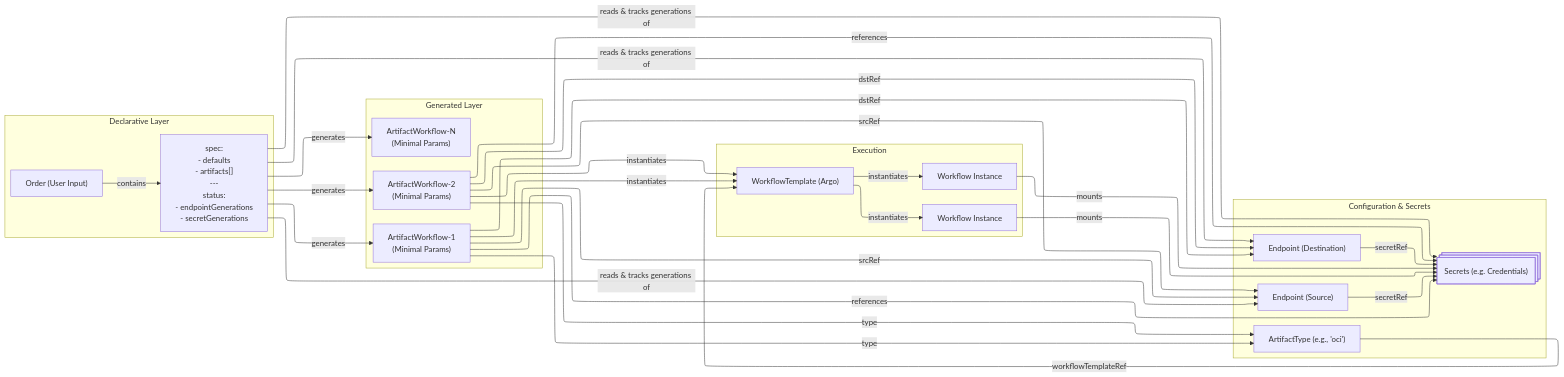
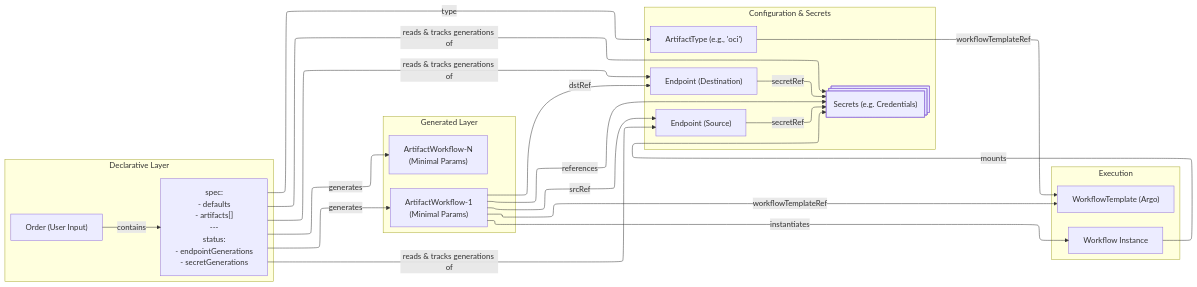
The diagram in docs/index.md (opendefensecloud/artifact-conduit), drawn with Mermaid before and after one commit. The commit also changed other lines of this file, not shown here.

````diff
--- a/docs/index.md
+++ b/docs/index.md
@@ -36,48 +39,40 @@
 ```mermaid
 ---
 config:
   layout: elk
 ---
 flowchart LR
  subgraph subGraph0["Declarative Layer"]
         Order["Order (User Input)"]
         Spec["spec:<br>- defaults<br>- artifacts[]<br>--- <br>status:<br>- endpointGenerations<br>- secretGenerations"]
   end
  subgraph subGraph1["Generated Layer"]
         ArtifactWorkflow1["ArtifactWorkflow-1<br>(Minimal Params)"]
-        ArtifactWorkflow2["ArtifactWorkflow-2<br>(Minimal Params)"]
         ArtifactWorkflowN["ArtifactWorkflow-N<br>(Minimal Params)"]
   end
  subgraph Configuration["Configuration & Secrets"]
         ArtifactTypeDef@{ label: "ArtifactType (e.g., 'oci')" }
         EndpointSrc["Endpoint (Source)"]
         EndpointDst["Endpoint (Destination)"]
         EndpointSecret@{ shape: procs, label: "Secrets (e.g. Credentials)"}
   end
  subgraph Execution["Execution"]
         WorkflowTemplate["WorkflowTemplate (Argo)"]
         WorkflowInstance1["Workflow Instance"]
-        WorkflowInstance2["Workflow Instance"]
   end
     Order -- contains --> Spec
-    Spec -- generates --> ArtifactWorkflow1 & ArtifactWorkflow2 & ArtifactWorkflowN
+    Spec -- generates --> ArtifactWorkflow1 & ArtifactWorkflowN
     Spec -- reads & tracks generations of --> EndpointSrc & EndpointDst & EndpointSecret
-    ArtifactWorkflow1 -- type --> ArtifactTypeDef
-    ArtifactWorkflow2 -- type --> ArtifactTypeDef
+    Spec -- type --> ArtifactTypeDef
     ArtifactWorkflow1 -- srcRef --> EndpointSrc
-    ArtifactWorkflow2 -- srcRef --> EndpointSrc
     ArtifactWorkflow1 -- dstRef --> EndpointDst
-    ArtifactWorkflow2 -- dstRef --> EndpointDst
     EndpointSrc -- secretRef --> EndpointSecret
     EndpointDst -- secretRef --> EndpointSecret
     ArtifactTypeDef -- workflowTemplateRef --> WorkflowTemplate
     ArtifactWorkflow1 -- references --> EndpointSecret
-    ArtifactWorkflow2 -- references --> EndpointSecret
-    ArtifactWorkflow1 -- instantiates --> WorkflowTemplate
-    ArtifactWorkflow2 -- instantiates --> WorkflowTemplate
-    WorkflowTemplate -- instantiates --> WorkflowInstance1 & WorkflowInstance2
+    ArtifactWorkflow1 -- instantiates --> WorkflowInstance1
+    ArtifactWorkflow1 -- workflowTemplateRef --> WorkflowTemplate
     WorkflowInstance1 -- mounts --> EndpointSecret
-    WorkflowInstance2 -- mounts --> EndpointSecret
 
     ArtifactTypeDef@{ shape: rect}
 ```
````
